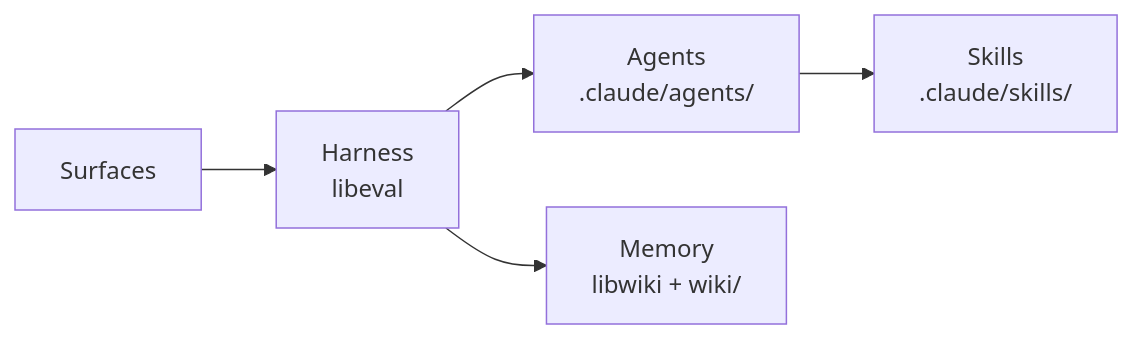
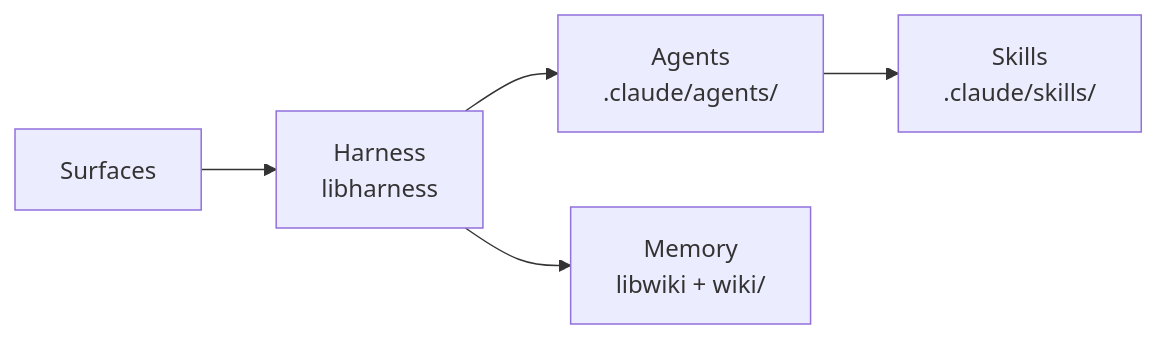
Before and after one commit to forwardimpact/monorepo: the first of 3 diagrams in KATA.md, drawn with Mermaid. The commit also changed other lines of this file and 389 other files, not shown here.

First line of the commit message:
feat(libharness): rename libeval to libharness, fit-eval CLI to fit-harness (#2110)

````diff
--- a/KATA.md
+++ b/KATA.md
@@ -23,5 +23,5 @@
 ```mermaid
 graph LR
-    SU["Surfaces"] --> H["Harness<br/>libeval"] --> A["Agents<br/>.claude/agents/"] --> S["Skills<br/>.claude/skills/"]
+    SU["Surfaces"] --> H["Harness<br/>libharness"] --> A["Agents<br/>.claude/agents/"] --> S["Skills<br/>.claude/skills/"]
     H --> M["Memory<br/>libwiki + wiki/"]
 ```
````
